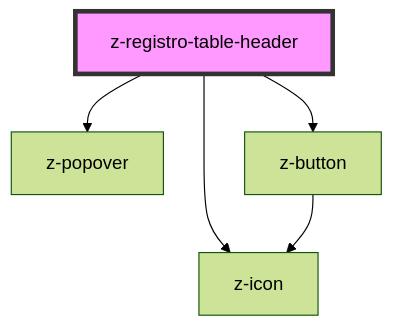
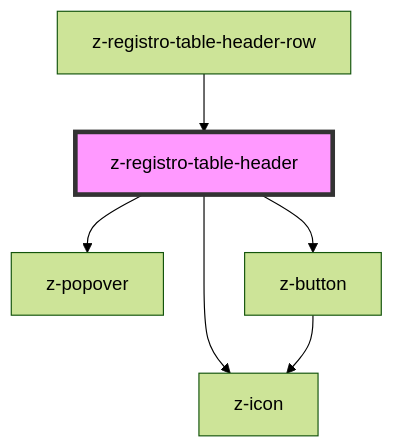
One commit to ZanichelliEditore/design-system changed the diagram in src/snowflakes/registro-table/z-registro-table-header/readme.md. Above: the diagram before and after it, drawn with Mermaid (forest theme). The commit also changed other lines of this file and 7 other files, not shown here.

````diff
--- a/src/snowflakes/registro-table/z-registro-table-header/readme.md
+++ b/src/snowflakes/registro-table/z-registro-table-header/readme.md
@@ -38,8 +42,9 @@
 ```mermaid
 graph TD;
   z-registro-table-header --> z-icon
   z-registro-table-header --> z-popover
   z-registro-table-header --> z-button
   z-button --> z-icon
+  z-registro-table-header-row --> z-registro-table-header
   style z-registro-table-header fill:#f9f,stroke:#333,stroke-width:4px
 ```
````
